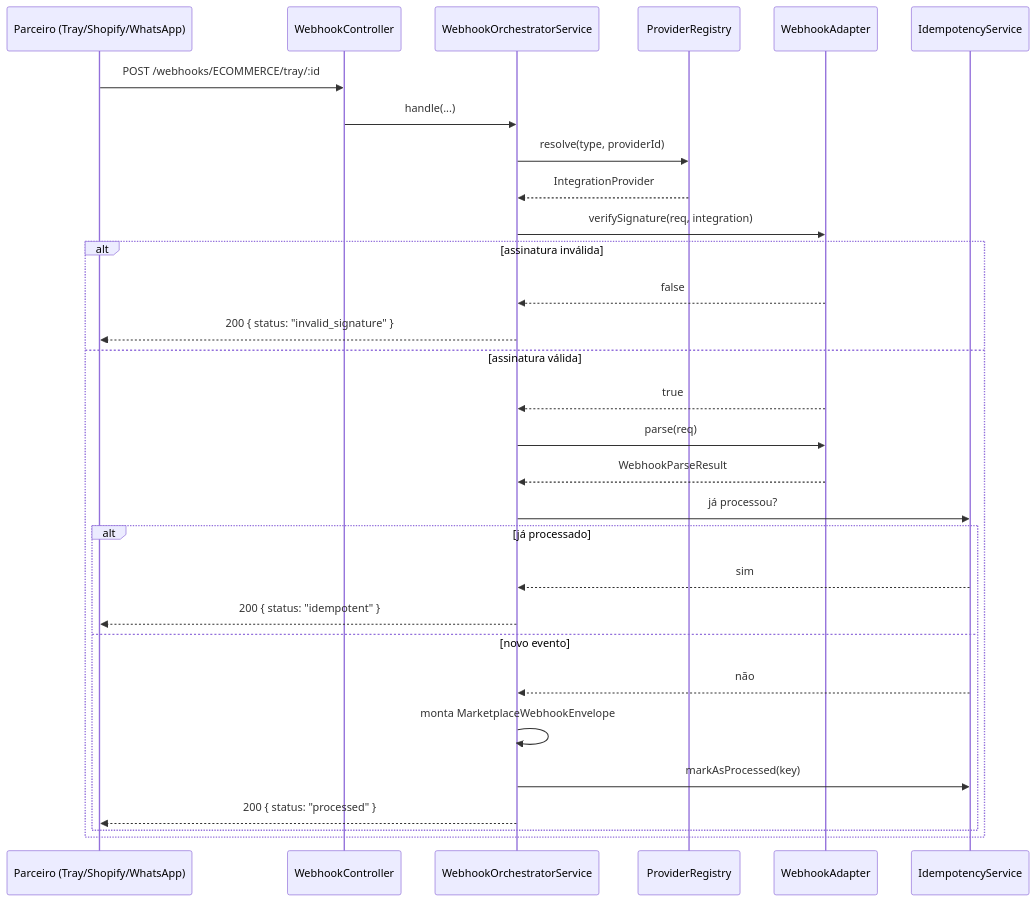
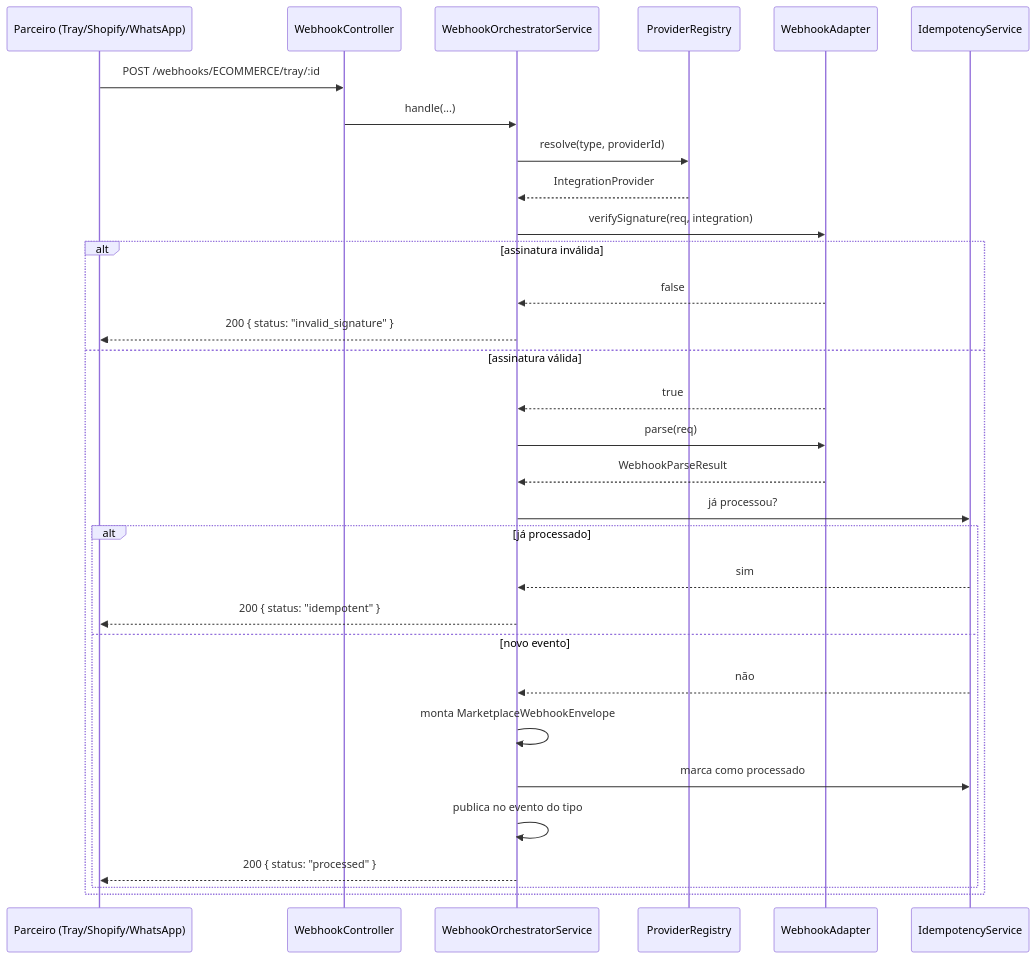
One commit to arthurhzk/arch-md changed the second of 3 diagrams in README.md. Above: the diagram before and after it, drawn with Mermaid. The commit also changed other lines of this file, not shown here.

````diff
--- a/README.md
+++ b/README.md
@@ -232,35 +267,36 @@
 ```mermaid
 sequenceDiagram
     participant Provider as Parceiro (Tray/Shopify/WhatsApp)
     participant WC as WebhookController
     participant ORC as WebhookOrchestratorService
     participant REG as ProviderRegistry
     participant ADP as WebhookAdapter
     participant IDM as IdempotencyService
 
     Provider->>WC: POST /webhooks/ECOMMERCE/tray/:id
     WC->>ORC: handle(...)
     ORC->>REG: resolve(type, providerId)
     REG-->>ORC: IntegrationProvider
     ORC->>ADP: verifySignature(req, integration)
 
     alt assinatura inválida
         ADP-->>ORC: false
         ORC-->>Provider: 200 { status: "invalid_signature" }
     else assinatura válida
         ADP-->>ORC: true
         ORC->>ADP: parse(req)
         ADP-->>ORC: WebhookParseResult
         ORC->>IDM: já processou?
 
         alt já processado
             IDM-->>ORC: sim
             ORC-->>Provider: 200 { status: "idempotent" }
         else novo evento
             IDM-->>ORC: não
             ORC->>ORC: monta MarketplaceWebhookEnvelope
-            ORC->>IDM: markAsProcessed(key)
+            ORC->>IDM: marca como processado
+            ORC->>ORC: publica no evento do tipo
             ORC-->>Provider: 200 { status: "processed" }
         end
     end
 ```
````
